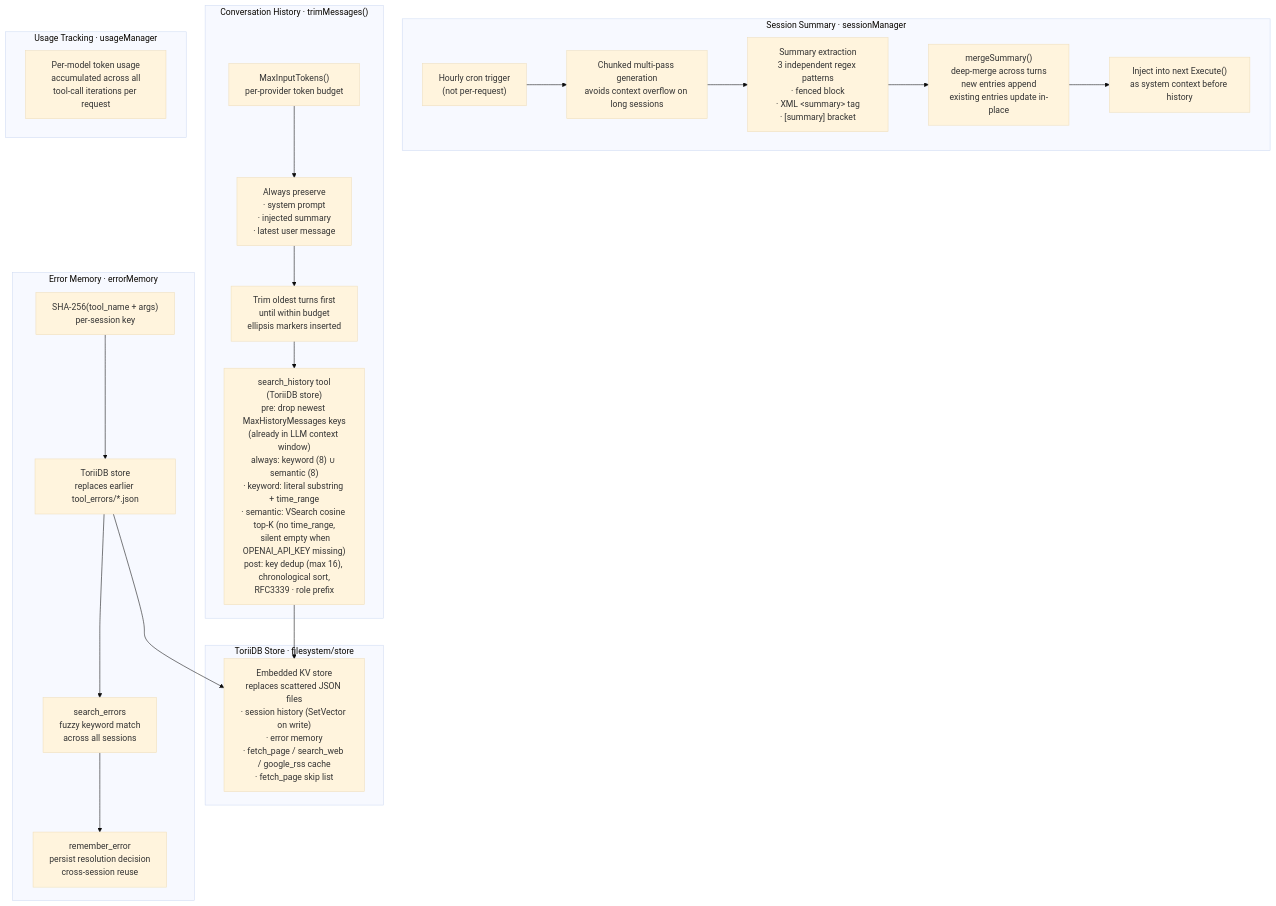
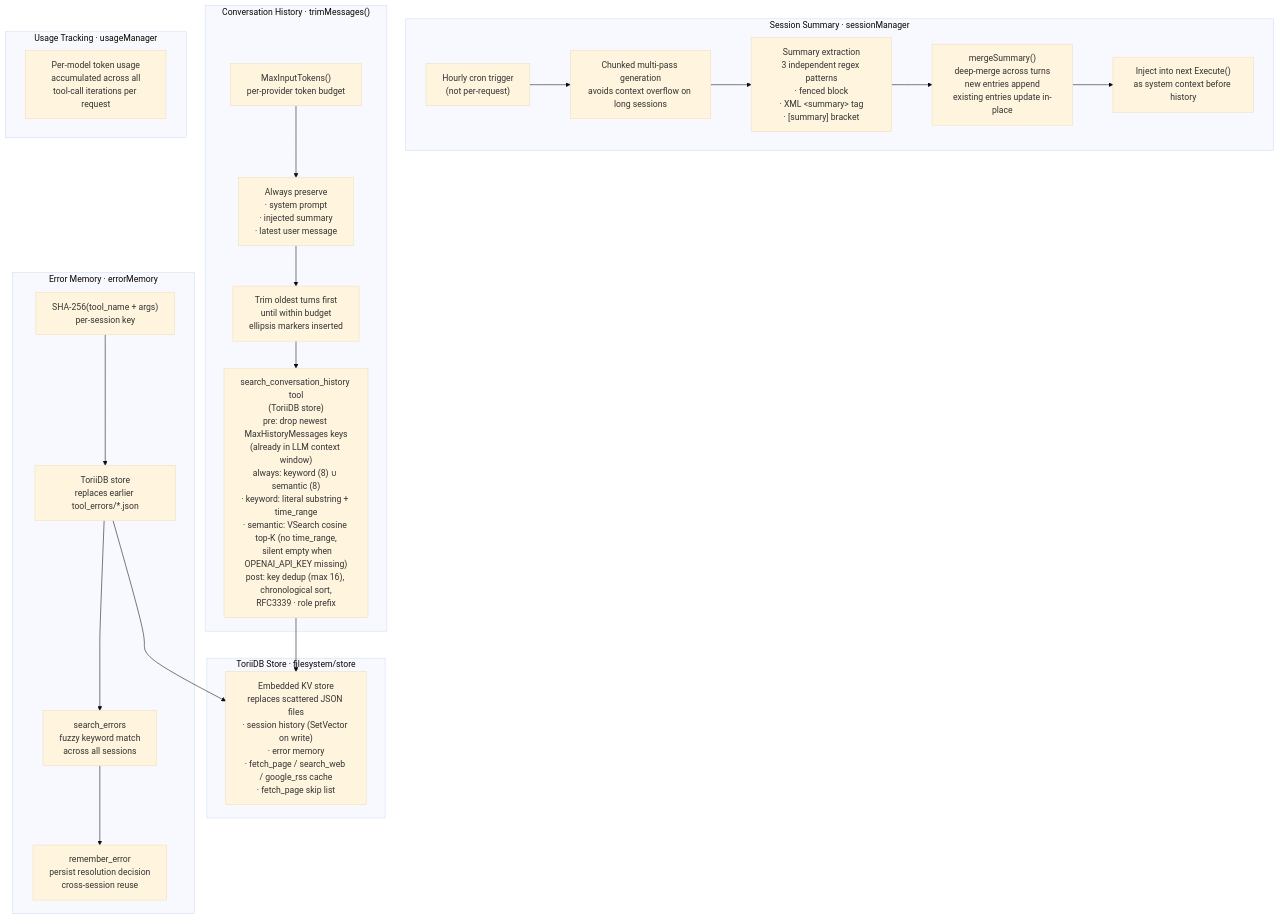
One commit to pardnchiu/Agenvoy changed the eighth of 9 diagrams in doc/architecture.md. Above: the diagram before and after it, drawn with Mermaid (base theme). The commit also changed 15 other files, not shown here.

Commit message:
refactor: Rename history and search tools, add CSV file reading

````diff
--- a/doc/architecture.md
+++ b/doc/architecture.md
@@ -377,41 +377,41 @@
 ```mermaid
 flowchart TD
     subgraph SessionSummary ["Session Summary · sessionManager"]
         SumCron["Hourly cron trigger\n(not per-request)"]
         SumChunk["Chunked multi-pass generation\navoids context overflow on long sessions"]
         SumExtract["Summary extraction\n3 independent regex patterns\n· fenced block\n· XML &lt;summary&gt; tag\n· [summary] bracket"]
         SumMerge["mergeSummary()\ndeep-merge across turns\nnew entries append\nexisting entries update in-place"]
         SumInject["Inject into next Execute()\nas system context before history"]
     end
 
     subgraph HistoryTrim ["Conversation History · trimMessages()"]
         Budget["MaxInputTokens()\nper-provider token budget"]
         Preserve["Always preserve\n· system prompt\n· injected summary\n· latest user message"]
         Trim["Trim oldest turns first\nuntil within budget\nellipsis markers inserted"]
-        SearchHist["search_history tool\n(ToriiDB store)\npre: drop newest MaxHistoryMessages keys\n(already in LLM context window)\nalways: keyword (8) ∪ semantic (8)\n· keyword: literal substring + time_range\n· semantic: VSearch cosine top-K (no time_range,\n  silent empty when OPENAI_API_KEY missing)\npost: key dedup (max 16), chronological sort,\nRFC3339 · role prefix"]
+        SearchHist["search_conversation_history tool\n(ToriiDB store)\npre: drop newest MaxHistoryMessages keys\n(already in LLM context window)\nalways: keyword (8) ∪ semantic (8)\n· keyword: literal substring + time_range\n· semantic: VSearch cosine top-K (no time_range,\n  silent empty when OPENAI_API_KEY missing)\npost: key dedup (max 16), chronological sort,\nRFC3339 · role prefix"]
     end
 
     subgraph ToriiStore ["ToriiDB Store · filesystem/store"]
         TS["Embedded KV store\nreplaces scattered JSON files\n· session history (SetVector on write)\n· error memory\n· fetch_page / search_web / google_rss cache\n· fetch_page skip list"]
     end
 
     subgraph ErrorMemory ["Error Memory · errorMemory"]
         ErrHash["SHA-256(tool_name + args)\nper-session key"]
         ErrStore["ToriiDB store\nreplaces earlier tool_errors/*.json"]
         ErrRecall["search_errors\nfuzzy keyword match\nacross all sessions"]
         ErrResolve["remember_error\npersist resolution decision\ncross-session reuse"]
     end
 
     subgraph UsageTracking ["Usage Tracking · usageManager"]
         UT["Per-model token usage\naccumulated across all\ntool-call iterations per request"]
     end
 
     SumCron --> SumChunk --> SumExtract --> SumMerge --> SumInject
     Budget --> Preserve --> Trim
     Trim --> SearchHist
     SearchHist --> TS
     ErrHash --> ErrStore
     ErrStore --> TS
     ErrStore --> ErrRecall
     ErrRecall --> ErrResolve
 ```
````
